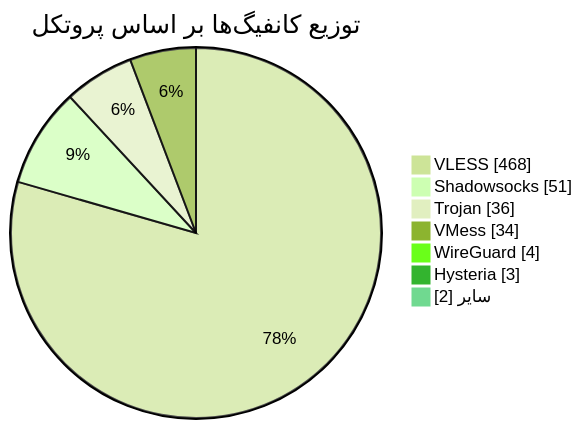
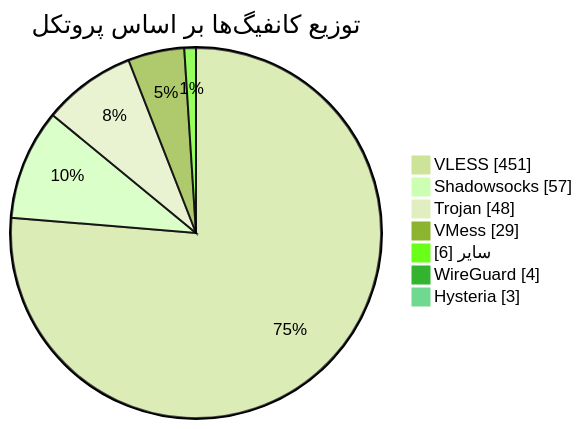
Before and after one commit to Arian-Alijani/Somthing: the diagram in README.md, drawn with Mermaid (forest theme). The commit also changed other lines of this file and 19 other files, not shown here.

````diff
--- a/README.md
+++ b/README.md
@@ -49,11 +49,11 @@
 ```mermaid
 pie showData
     title توزیع کانفیگ‌ها بر اساس پروتکل
-    "VLESS" : 468
-    "Shadowsocks" : 51
-    "Trojan" : 36
-    "VMess" : 34
+    "VLESS" : 451
+    "Shadowsocks" : 57
+    "Trojan" : 48
+    "VMess" : 29
+    "سایر" : 6
     "WireGuard" : 4
     "Hysteria" : 3
-    "سایر" : 2
 ```
````
